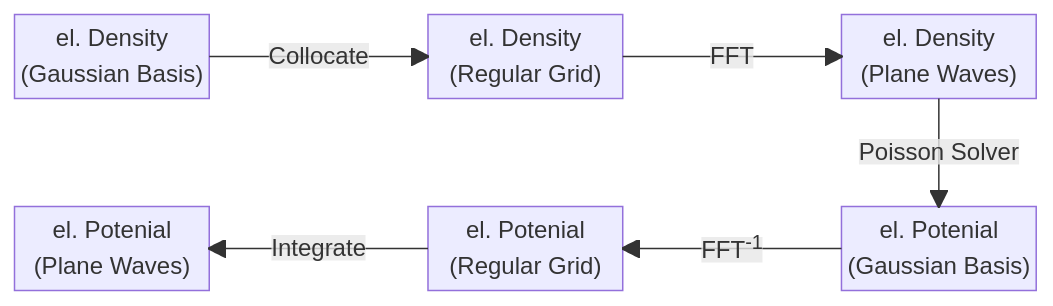
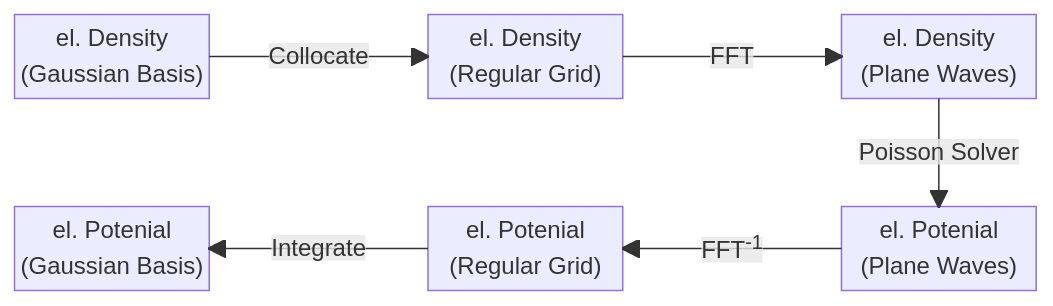
One commit to cp2k/cp2k changed the diagram in docs/methods/dft/gpw.md. Above: the diagram before and after it, drawn with Mermaid.

Commit message:
Docs: Fix diagram in methods/dft/gpw.md

````diff
--- a/docs/methods/dft/gpw.md
+++ b/docs/methods/dft/gpw.md
@@ -11,23 +11,23 @@
 ```mermaid
 block-beta
 columns 5
 a["el. Density\n(Gaussian Basis)"]
 space
 b["el. Density\n(Regular Grid)"]
 space
 c["el. Density\n(Plane Waves)"]
 
 space space space space space
 
-f["el. Potenial\n(Plane Waves)"]
+f["el. Potenial\n(Gaussian Basis)"]
 space
 e["el. Potenial\n(Regular Grid)"]
 space
-d["el. Potenial\n(Gaussian Basis)"]
+d["el. Potenial\n(Plane Waves)"]
 
 a -- "Collocate"        --> b
 b -- "FFT"              --> c
 c -- "Poisson Solver"   --> d
 d -- "FFT<sup>-1</sup>" --> e
 e -- "Integrate"        --> f
 ```
````
